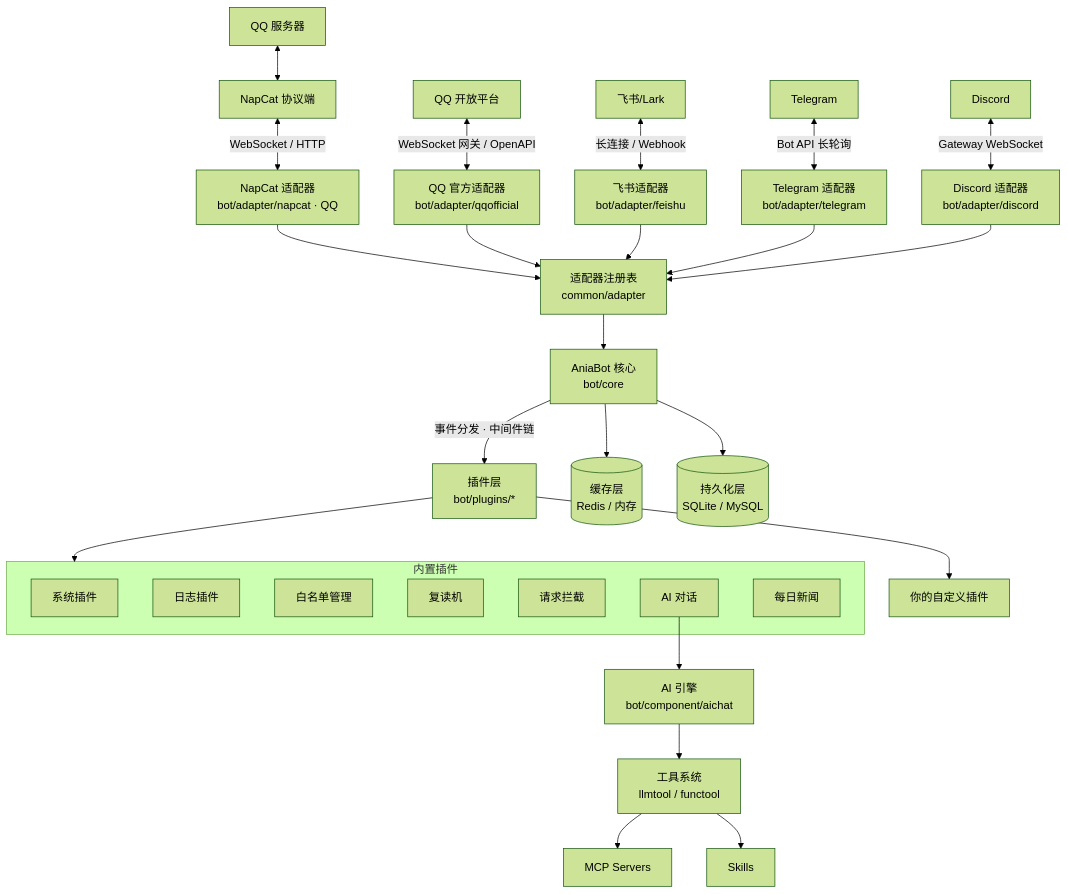
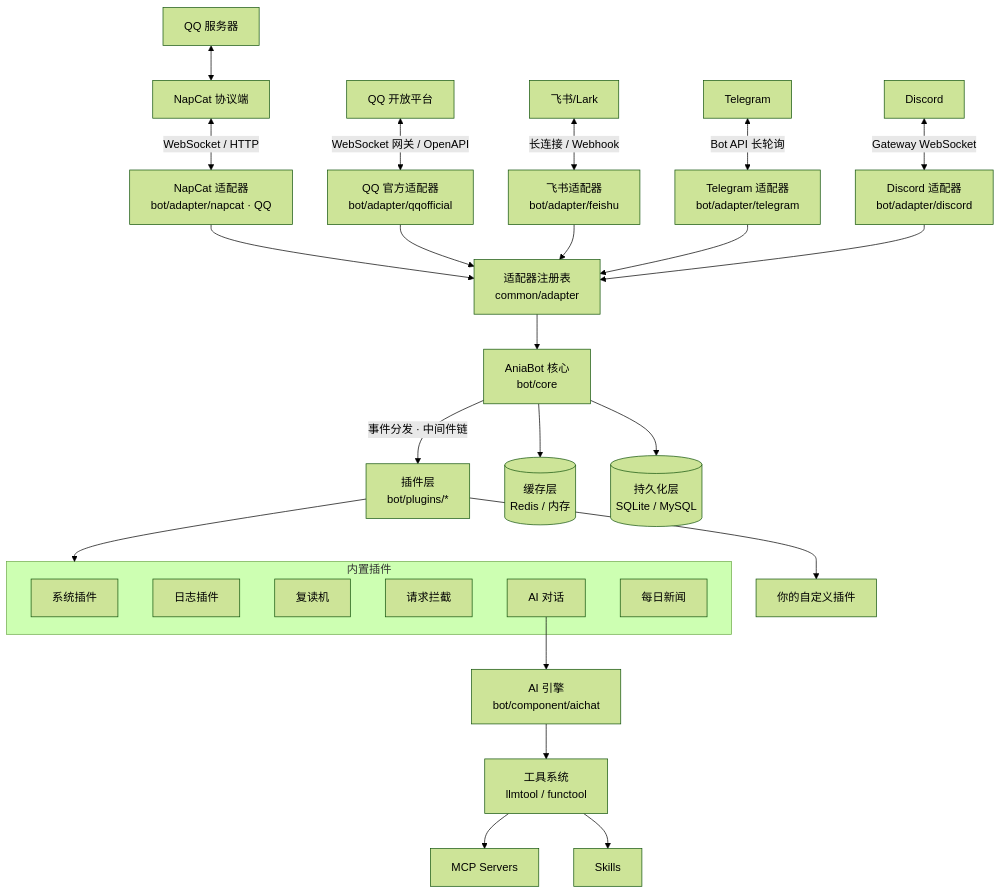
One commit to jeanhua/AniaBot changed the diagram in docs/guide/introduction.md. Above: the diagram before and after it, drawn with Mermaid (forest theme). The commit also changed other lines of this file and 16 other files, not shown here.

````diff
--- a/docs/guide/introduction.md
+++ b/docs/guide/introduction.md
@@ -23,37 +23,36 @@
 ```mermaid
 flowchart TB
     QQ[QQ 服务器] <--> NapCat[NapCat 协议端]
     NapCat <-->|WebSocket / HTTP| NAdapter[NapCat 适配器<br/>bot/adapter/napcat · QQ]
     QQOfficial[QQ 开放平台] <-->|WebSocket 网关 / OpenAPI| QAdapter[QQ 官方适配器<br/>bot/adapter/qqofficial]
     Feishu[飞书/Lark] <-->|长连接 / Webhook| FAdapter[飞书适配器<br/>bot/adapter/feishu]
     Telegram[Telegram] <-->|Bot API 长轮询| TAdapter[Telegram 适配器<br/>bot/adapter/telegram]
     Discord[Discord] <-->|Gateway WebSocket| DAdapter[Discord 适配器<br/>bot/adapter/discord]
     NAdapter --> Registry[适配器注册表<br/>common/adapter]
     QAdapter --> Registry
     FAdapter --> Registry
     TAdapter --> Registry
     DAdapter --> Registry
     Registry --> Core[AniaBot 核心<br/>bot/core]
     Core -->|事件分发 · 中间件链| Plugins[插件层<br/>bot/plugins/*]
 
     subgraph BuiltIn[内置插件]
         Sys[系统插件]
         Log[日志插件]
-        Whitelist[白名单管理]
         Repeat[复读机]
         Interceptor[请求拦截]
         AI[AI 对话]
         News[每日新闻]
     end
 
     Plugins --> BuiltIn
     Plugins --> Custom[你的自定义插件]
 
     AI --> Engine[AI 引擎<br/>bot/component/aichat]
     Engine --> Tools[工具系统<br/>llmtool / functool]
     Tools --> MCP[MCP Servers]
     Tools --> Skills[Skills]
 
     Core --> Cache[(缓存层<br/>Redis / 内存)]
     Core --> Store[(持久化层<br/>SQLite / MySQL)]
 ```
````
